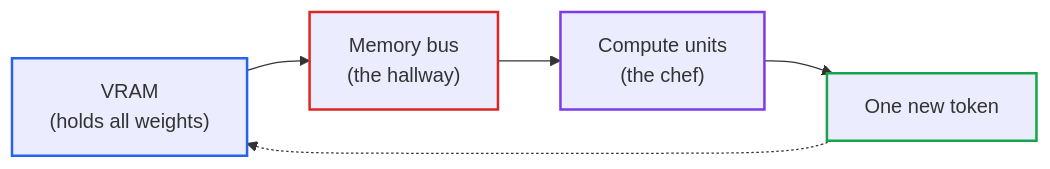
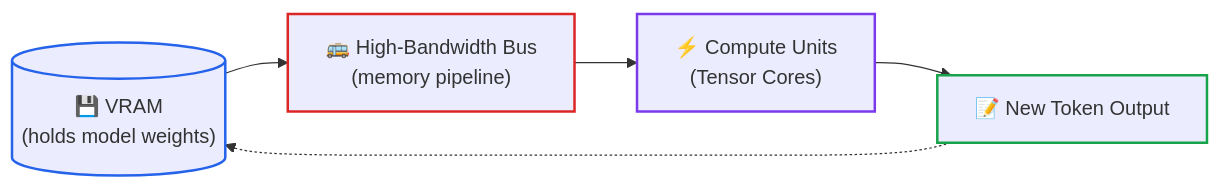
Before and after one commit to dip4k/senior-engineer-to-ai-engineer-roadmap: the first of 2 diagrams in 00-foundations-and-token-mechanics/02-transformer-and-hardware-physics.md, drawn with Mermaid. The commit also changed other lines of this file and 39 other files, not shown here.

First line of the commit message:
feat(curriculum): upgrade mermaid diagrams with unicode icons & codify anti-bloat layout rules

````diff
--- a/00-foundations-and-token-mechanics/02-transformer-and-hardware-physics.md
+++ b/00-foundations-and-token-mechanics/02-transformer-and-hardware-physics.md
@@ -68,12 +68,12 @@
 ```mermaid
 flowchart LR
-    V["VRAM<br>(holds all weights)"] --> B["Memory bus<br>(the hallway)"]
-    B --> C["Compute units<br>(the chef)"]
-    C --> T["One new token"]
+    V[("💾 VRAM<br>(holds model weights)")] --> B["🚌 High-Bandwidth Bus<br>(memory pipeline)"]
+    B --> C["⚡ Compute Units<br>(Tensor Cores)"]
+    C --> T["📝 New Token Output"]
     T -.-> V
 
     style V stroke:#2563eb,stroke-width:2px
     style B stroke:#dc2626,stroke-width:2px
     style C stroke:#7c3aed,stroke-width:2px
     style T stroke:#16a34a,stroke-width:2px
 ```
````
